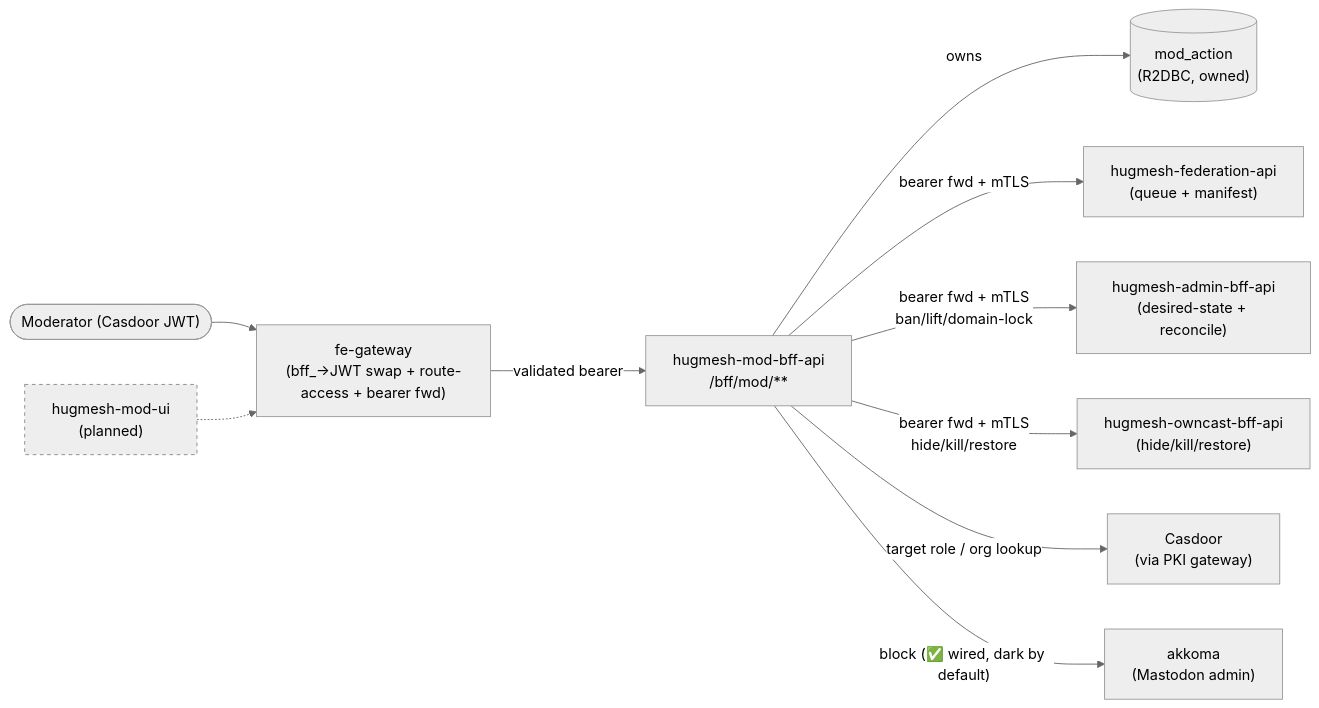
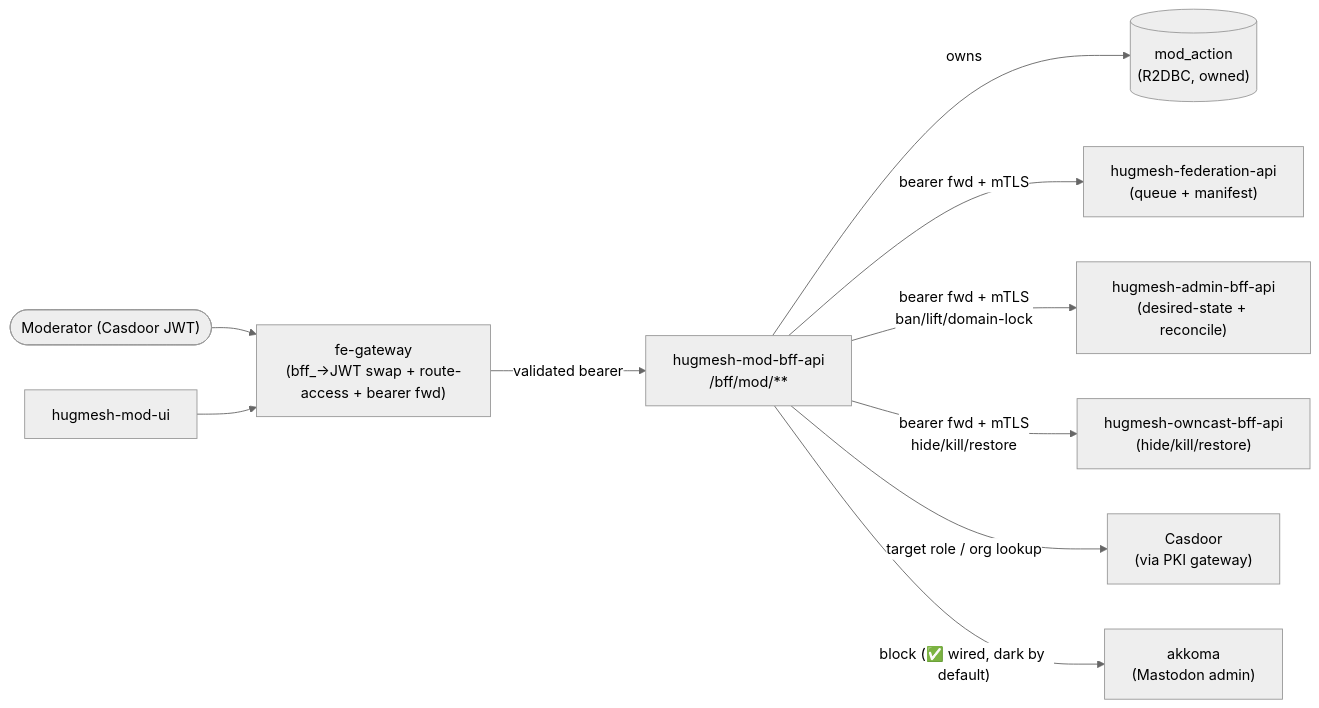
Before and after one commit to hugmesh/hugmesh-mod-bff-api: the first of 4 diagrams in README.md, drawn with Mermaid (neutral theme). The commit also changed other lines of this file, not shown here.

````diff
--- a/README.md
+++ b/README.md
@@ -66,26 +66,23 @@
 ```mermaid
 flowchart LR
     mod(["Moderator (Casdoor JWT)"])
-    ui["hugmesh-mod-ui<br/>(planned)"]
+    ui["hugmesh-mod-ui"]
     gw["fe-gateway<br/>(bff_→JWT swap + route-access + bearer fwd)"]
     bff["hugmesh-mod-bff-api<br/>/bff/mod/**"]
     audit[("mod_action<br/>(R2DBC, owned)")]
     fed["hugmesh-federation-api<br/>(queue + manifest)"]
     admin["hugmesh-admin-bff-api<br/>(desired-state + reconcile)"]
     owncast["hugmesh-owncast-bff-api<br/>(hide/kill/restore)"]
     casdoor["Casdoor<br/>(via PKI gateway)"]
     akkoma["akkoma<br/>(Mastodon admin)"]
 
     mod --> gw
-    ui -.-> gw
+    ui --> gw
     gw -->|"validated bearer"| bff
     bff -->|"owns"| audit
     bff -->|"bearer fwd + mTLS"| fed
     bff -->|"bearer fwd + mTLS<br/>ban/lift/domain-lock"| admin
     bff -->|"bearer fwd + mTLS<br/>hide/kill/restore"| owncast
     bff -->|"target role / org lookup"| casdoor
     bff -->|"block (✅ wired, dark by default)"| akkoma
-
-    classDef planned stroke-dasharray:4,stroke:#888;
-    class ui planned;
 ```
````
